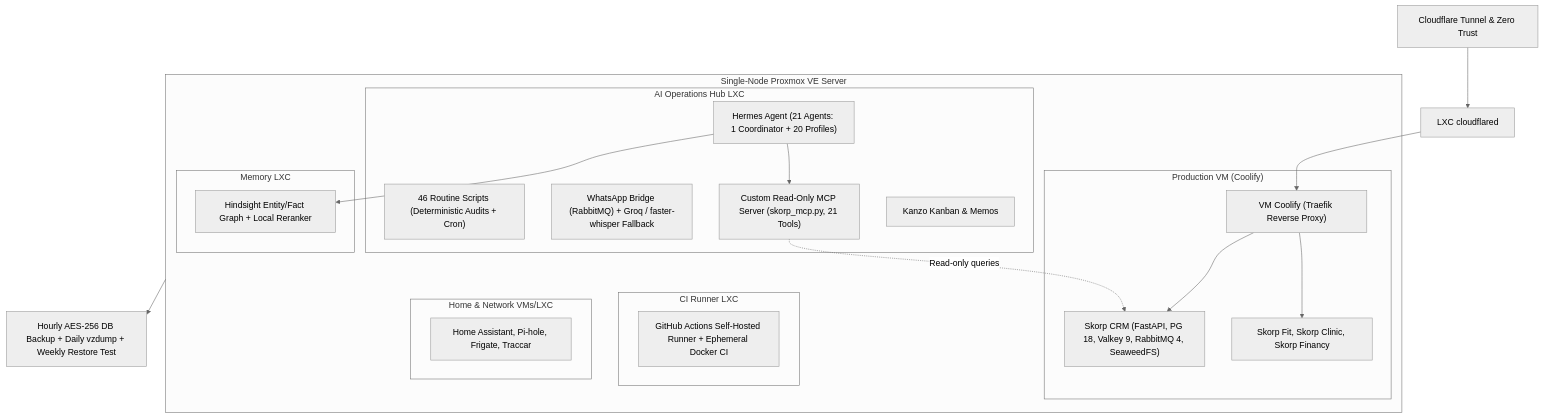
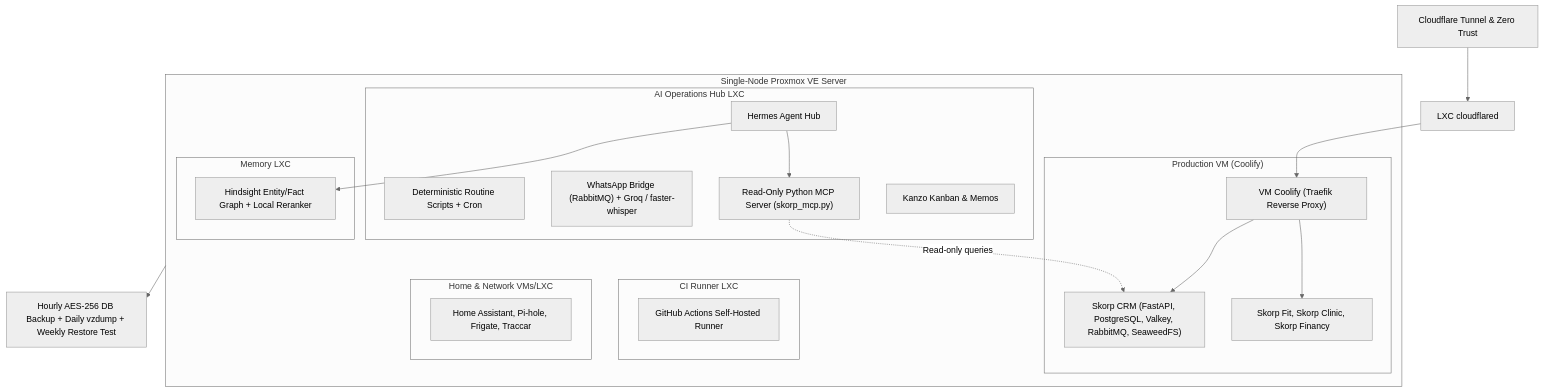
The diagram in README.md (antonyandrade01/homelab), drawn with Mermaid (neutral theme) before and after one commit. The commit also changed other lines of this file, not shown here.

````diff
--- a/README.md
+++ b/README.md
@@ -13,31 +13,31 @@
 ```mermaid
 flowchart TB
     CF["Cloudflare Tunnel & Zero Trust"] --> LXC104["LXC cloudflared"]
     LXC104 --> VM111["VM Coolify (Traefik Reverse Proxy)"]
     subgraph PVE["Single-Node Proxmox VE Server"]
         subgraph PROD["Production VM (Coolify)"]
-            VM111 --> CRM["Skorp CRM (FastAPI, PG 18, Valkey 9, RabbitMQ 4, SeaweedFS)"]
+            VM111 --> CRM["Skorp CRM (FastAPI, PostgreSQL, Valkey, RabbitMQ, SeaweedFS)"]
             VM111 --> APPS["Skorp Fit, Skorp Clinic, Skorp Financy"]
         end
         subgraph CI["CI Runner LXC"]
-            GHA["GitHub Actions Self-Hosted Runner + Ephemeral Docker CI"]
+            GHA["GitHub Actions Self-Hosted Runner"]
         end
         subgraph AI["AI Operations Hub LXC"]
-            HERM["Hermes Agent (21 Agents: 1 Coordinator + 20 Profiles)"]
-            ROT["46 Routine Scripts (Deterministic Audits + Cron)"]
-            BRIDGE["WhatsApp Bridge (RabbitMQ) + Groq / faster-whisper Fallback"]
-            MCP["Custom Read-Only MCP Server (skorp_mcp.py, 21 Tools)"]
+            HERM["Hermes Agent Hub"]
+            ROT["Deterministic Routine Scripts + Cron"]
+            BRIDGE["WhatsApp Bridge (RabbitMQ) + Groq / faster-whisper"]
+            MCP["Read-Only Python MCP Server (skorp_mcp.py)"]
             BOARD["Kanzo Kanban & Memos"]
         end
         subgraph MEM["Memory LXC"]
             HS["Hindsight Entity/Fact Graph + Local Reranker"]
         end
         subgraph INFRA["Home & Network VMs/LXC"]
             OTH["Home Assistant, Pi-hole, Frigate, Traccar"]
         end
     end
     HERM --> HS
     HERM --> MCP
     MCP -.->|"Read-only queries"| CRM
     PVE --> BKP["Hourly AES-256 DB Backup + Daily vzdump + Weekly Restore Test"]
 ```
````
